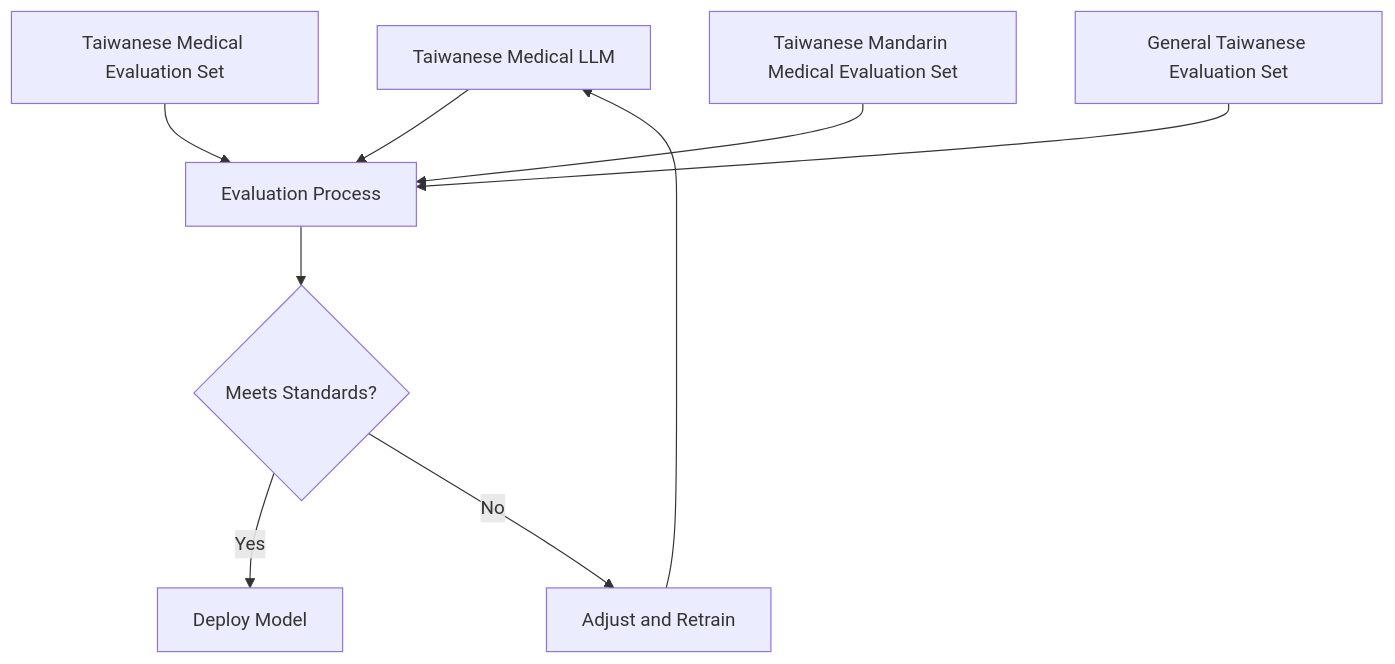
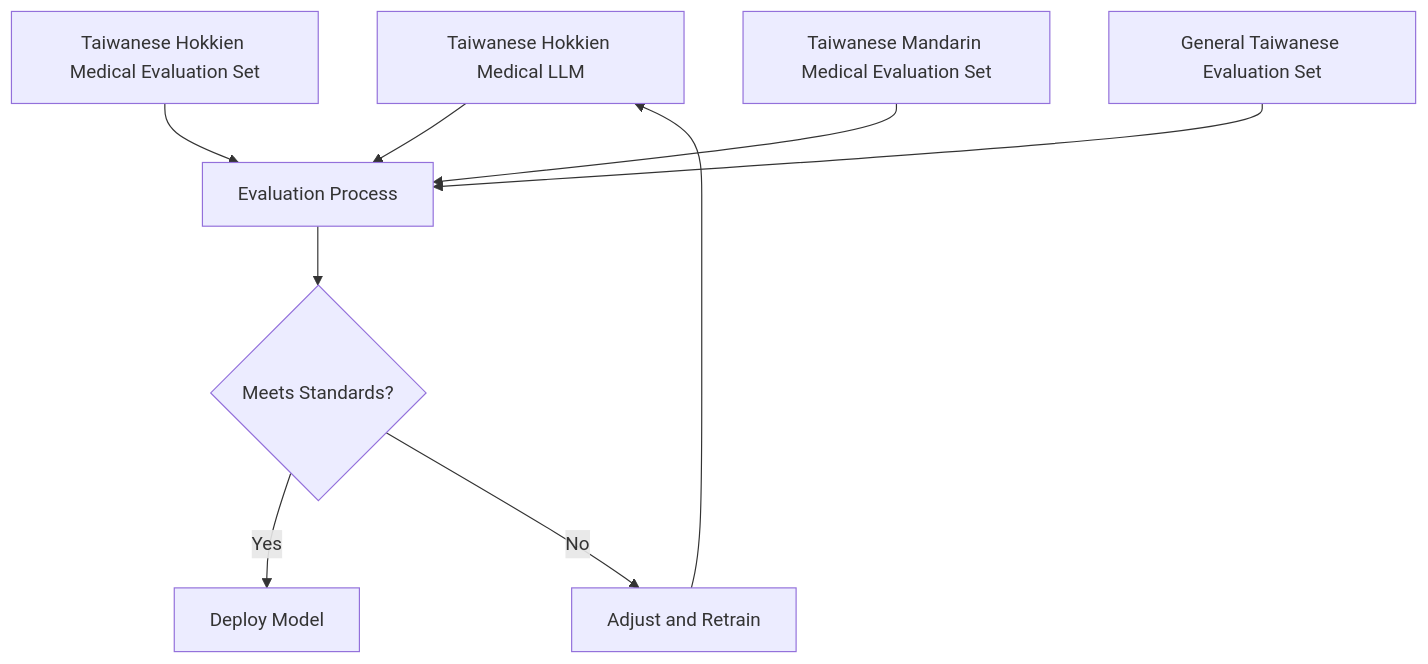
One commit to iridiumtao/Fine-Tuning-Taiwanese-Hokkien-LLM-for-Medical-Advising changed the fifth of 5 diagrams in README.md. Above: the diagram before and after it, drawn with Mermaid. The commit also changed other lines of this file, not shown here.

Commit message:
Added Taiwanese Hokkien Medical LLM with Speech Input/Output in README.md

````diff
--- a/README.md
+++ b/README.md
@@ -101,12 +122,12 @@
 ```mermaid
 flowchart TD
-    A[Taiwanese Medical LLM] --> B[Evaluation Process]
+    A[Taiwanese Hokkien Medical LLM] --> B[Evaluation Process]
     B --> C{Meets Standards?}
     C -->|Yes| D[Deploy Model]
     C -->|No| E[Adjust and Retrain]
     E --> A
     
-    F[Taiwanese Medical Evaluation Set] --> B
+    F[Taiwanese Hokkien Medical Evaluation Set] --> B
     G[Taiwanese Mandarin Medical Evaluation Set] --> B
     H[General Taiwanese Evaluation Set] --> B
 ```
````
